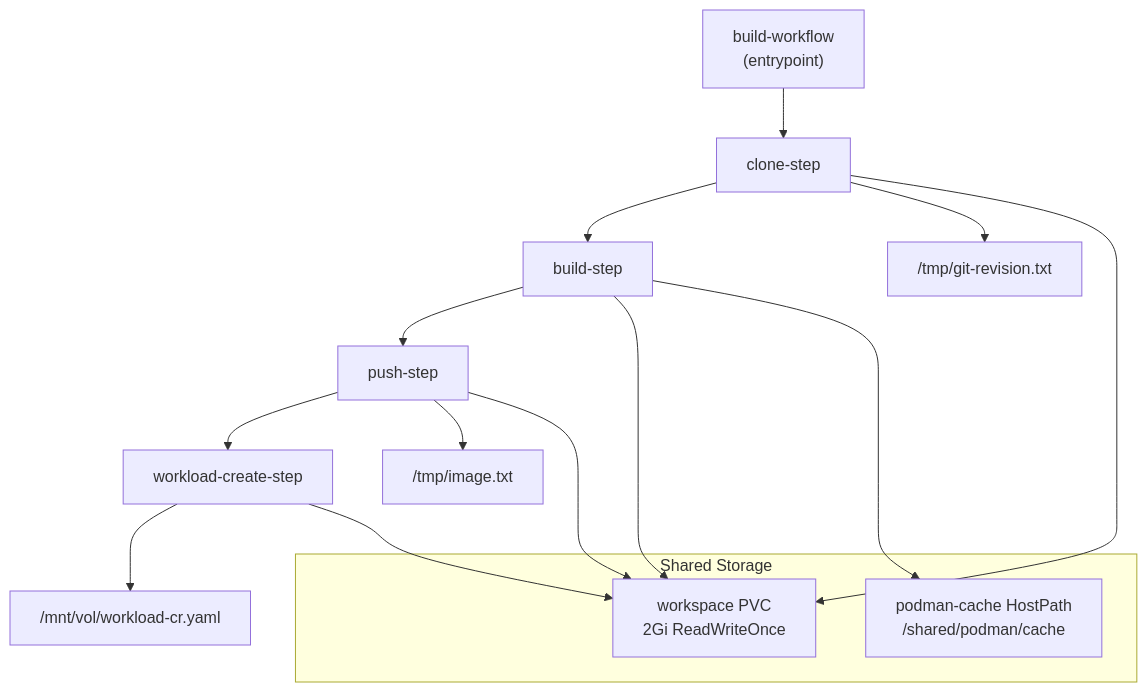
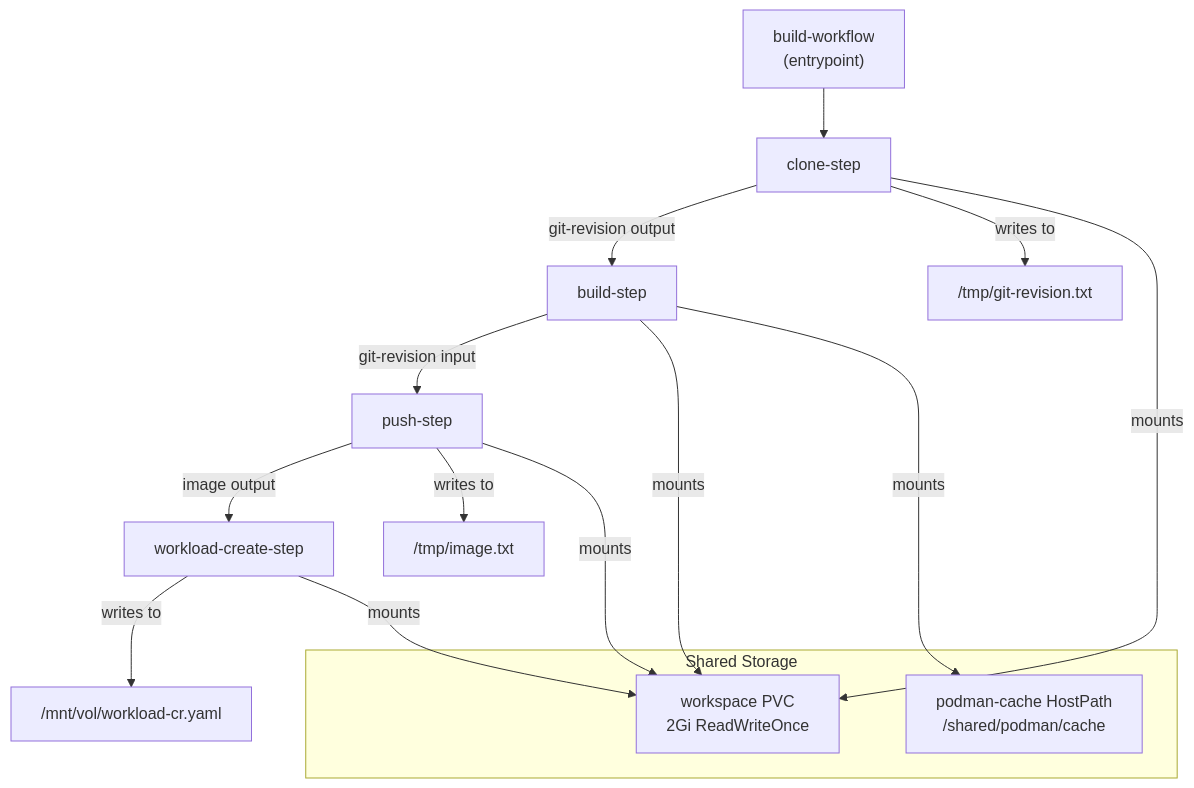
Before and after one commit to openchoreo/openchoreo: the diagram in docs/deepwiki/Workflow-Templates.md, drawn with Mermaid. The commit also changed 85 other files, not shown here.

Commit message:
feat: Add new workflow and specification templates, update Helm chart dependencies, and clarify documentation diagrams.

````diff
--- a/docs/deepwiki/Workflow-Templates.md
+++ b/docs/deepwiki/Workflow-Templates.md
@@ -49,32 +49,32 @@
 ```mermaid
 flowchart TD
 
 WF["build-workflow<br>(entrypoint)"]
 Step1["clone-step"]
 Step2["build-step"]
 Step3["push-step"]
 Step4["workload-create-step"]
 Vol1["/tmp/git-revision.txt"]
 Vol2["/tmp/image.txt"]
 Vol3["/mnt/vol/workload-cr.yaml"]
 Workspace["workspace PVC<br>2Gi ReadWriteOnce"]
 Cache["podman-cache HostPath<br>/shared/podman/cache"]
 
 WF --> Step1
-Step1 --> Step2
-Step2 --> Step3
-Step3 --> Step4
-Step1 --> Vol1
-Step3 --> Vol2
-Step4 --> Vol3
-Step1 --> Workspace
-Step2 --> Workspace
-Step2 --> Cache
-Step3 --> Workspace
-Step4 --> Workspace
+Step1 -->|"git-revision output"| Step2
+Step2 -->|"git-revision input"| Step3
+Step3 -->|"image output"| Step4
+Step1 -->|"writes to"| Vol1
+Step3 -->|"writes to"| Vol2
+Step4 -->|"writes to"| Vol3
+Step1 -->|"mounts"| Workspace
+Step2 -->|"mounts"| Workspace
+Step2 -->|"mounts"| Cache
+Step3 -->|"mounts"| Workspace
+Step4 -->|"mounts"| Workspace
 
 subgraph subGraph0 ["Shared Storage"]
     Workspace
     Cache
 end
 ```
````
